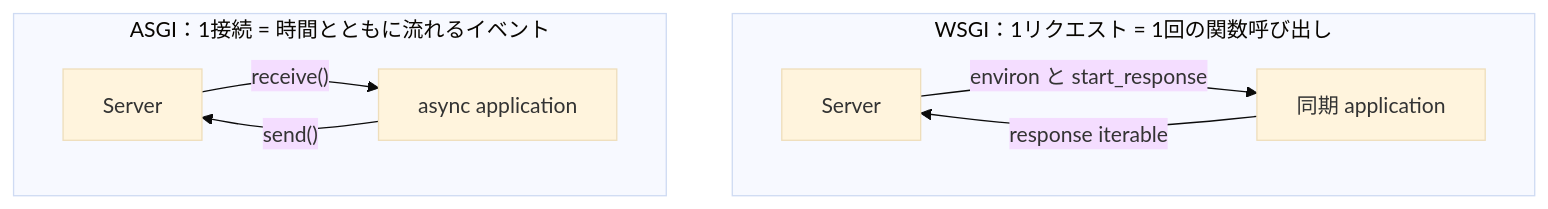
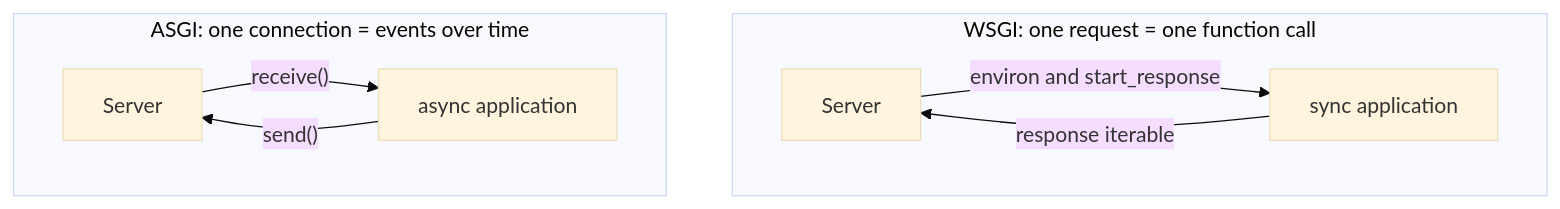
One commit to shionhonda/hippocampus-garden changed the second of 5 diagrams in src/content/posts/wsgi_asgi/index.md. Above: the diagram before and after it, drawn with Mermaid (base theme). The commit also changed other lines of this file and 4 other files, not shown here.

Commit message:
feat(blog): translate WSGI and ASGI article to English

````diff
--- a/src/content/posts/wsgi_asgi/index.md
+++ b/src/content/posts/wsgi_asgi/index.md
@@ -129,17 +129,17 @@
 ```mermaid
 flowchart TB
-    accTitle: WSGIとASGIの通信モデルの比較
-    accDescr: WSGIは一度の関数呼び出しでレスポンスを返し、ASGIは接続中にreceiveとsendでイベントを交換する
+    accTitle: Comparing the WSGI and ASGI communication models
+    accDescr: WSGI returns a response from one function call, while ASGI exchanges events through receive and send for the lifetime of a connection
 
-    subgraph W["WSGI：1リクエスト = 1回の関数呼び出し"]
+    subgraph W["WSGI: one request = one function call"]
         direction LR
-        WS["Server"] -->|"environ と start_response"| WA["同期 application"]
+        WS["Server"] -->|"environ and start_response"| WA["sync application"]
         WA -->|"response iterable"| WS
     end
 
-    subgraph A["ASGI：1接続 = 時間とともに流れるイベント"]
+    subgraph A["ASGI: one connection = events over time"]
         direction LR
         AS["Server"] -->|"receive()"| AA["async application"]
         AA -->|"send()"| AS
     end
 ```
````
